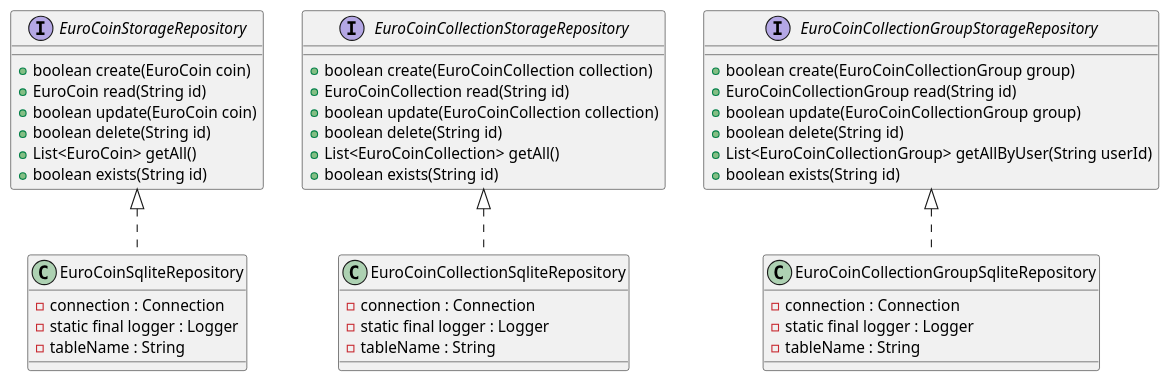
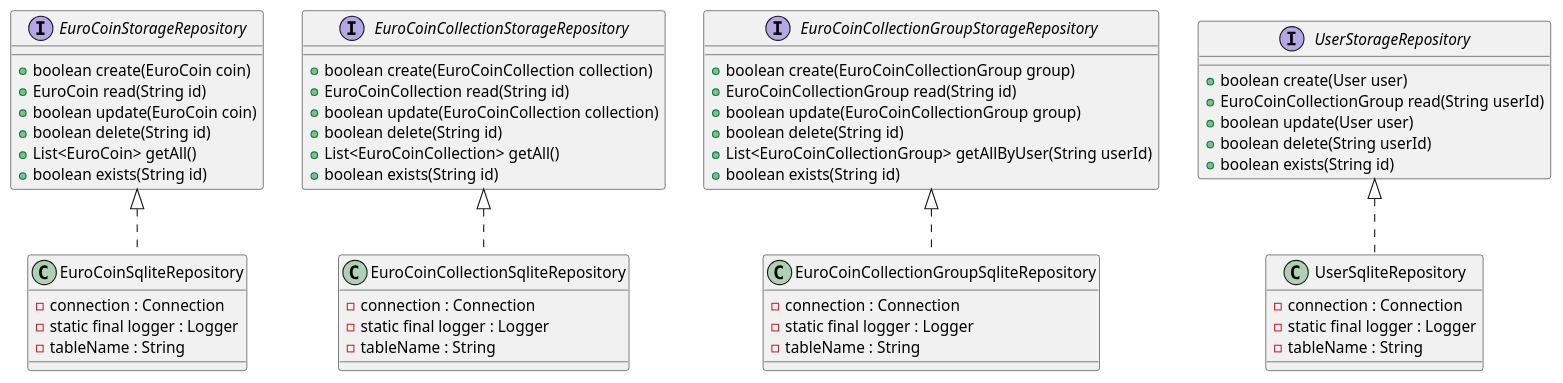
One commit to lstramke/coincollector changed the diagram in docs/CodeStructure/repositories/storageRepositoryLayer.puml. Above: the diagram before and after it, drawn with PlantUML. The commit also changed 21 other files, not shown here.

First line of the commit message:
feat(#3): add storage initializer layer with docs

```diff
--- a/docs/CodeStructure/repositories/storageRepositoryLayer.puml
+++ b/docs/CodeStructure/repositories/storageRepositoryLayer.puml
@@ -1,53 +1,68 @@
-@startuml storageRepositoryLayer_v1
+@startuml storageRepositoryLayer_v2
 
 interface EuroCoinStorageRepository {
     + boolean create(EuroCoin coin)
     + EuroCoin read(String id)
     + boolean update(EuroCoin coin)
     + boolean delete(String id)
     + List<EuroCoin> getAll()
     + boolean exists(String id)
 }
 
 interface EuroCoinCollectionStorageRepository {
     + boolean create(EuroCoinCollection collection)
     + EuroCoinCollection read(String id)
     + boolean update(EuroCoinCollection collection)
     + boolean delete(String id)
     + List<EuroCoinCollection> getAll()
     + boolean exists(String id)
 }
 
 interface EuroCoinCollectionGroupStorageRepository {
     + boolean create(EuroCoinCollectionGroup group)
     + EuroCoinCollectionGroup read(String id)
     + boolean update(EuroCoinCollectionGroup group)
     + boolean delete(String id)
     + List<EuroCoinCollectionGroup> getAllByUser(String userId)
     + boolean exists(String id)
 }
 
+interface UserStorageRepository {
+    + boolean create(User user)
+    + EuroCoinCollectionGroup read(String userId)
+    + boolean update(User user)
+    + boolean delete(String userId)
+    + boolean exists(String id)
+}
+
 
 class EuroCoinSqliteRepository {
     - connection : Connection
     - static final logger : Logger
     - tableName : String
 }
 
 class EuroCoinCollectionSqliteRepository {
     - connection : Connection
     - static final logger : Logger
     - tableName : String
 }
 
 class EuroCoinCollectionGroupSqliteRepository {
     - connection : Connection
     - static final logger : Logger
     - tableName : String
 }
 
+class UserSqliteRepository {
+    - connection : Connection
+    - static final logger : Logger
+    - tableName : String
+}
+
 EuroCoinStorageRepository <|.. EuroCoinSqliteRepository
 EuroCoinCollectionStorageRepository <|.. EuroCoinCollectionSqliteRepository
 EuroCoinCollectionGroupStorageRepository <|.. EuroCoinCollectionGroupSqliteRepository
+UserStorageRepository <|.. UserSqliteRepository
 
 @enduml
```
